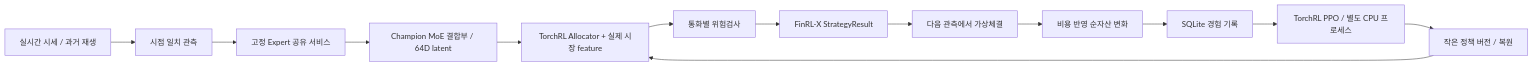
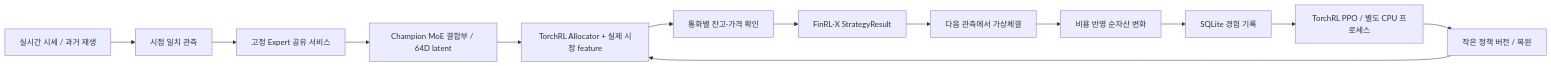
One commit to hushmind3/continual-trading-agent changed the diagram in docs/architecture.md. Above: the diagram before and after it, drawn with Mermaid. The commit also changed other lines of this file and 26 other files, not shown here.

````diff
--- a/docs/architecture.md
+++ b/docs/architecture.md
@@ -5,15 +5,15 @@
 ```mermaid
 flowchart LR
   Feed[실시간 시세 / 과거 재생] --> Obs[시점 일치 관측]
   Obs --> Expert[고정 Expert 공유 서비스]
   Expert --> MoE[Champion MoE 결합부 / 64D latent]
   MoE --> Policy[TorchRL Allocator + 실제 시장 feature]
-  Policy --> Risk[통화별 위험검사]
+  Policy --> Risk[통화별 잔고·가격 확인]
   Risk --> Result[FinRL-X StrategyResult]
   Result --> Paper[다음 관측에서 가상체결]
   Paper --> Reward[비용 반영 순자산 변화]
   Reward --> Journal[SQLite 경험 기록]
   Journal --> Learner[TorchRL PPO / 별도 CPU 프로세스]
   Learner --> Revision[작은 정책 버전 / 복원]
   Revision --> Policy
 ```
````
